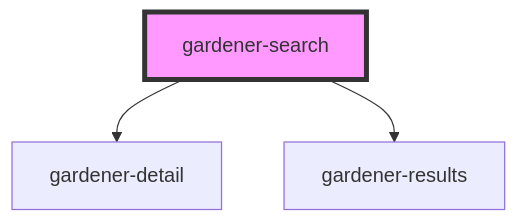
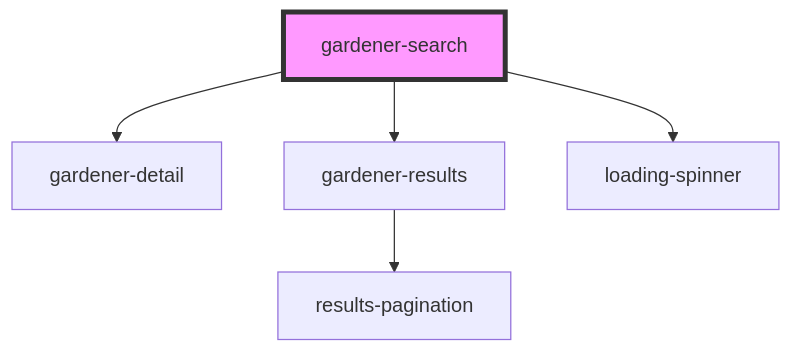
The diagram in src/components/gardener-search/readme.md (neropha/stencil-gardb), drawn with Mermaid before and after one commit. The commit also changed other lines of this file and 69 other files, not shown here.

````diff
--- a/src/components/gardener-search/readme.md
+++ b/src/components/gardener-search/readme.md
@@ -23,6 +24,8 @@
 ```mermaid
 graph TD;
   gardener-search --> gardener-detail
   gardener-search --> gardener-results
+  gardener-search --> loading-spinner
+  gardener-results --> results-pagination
   style gardener-search fill:#f9f,stroke:#333,stroke-width:4px
 ```
````
